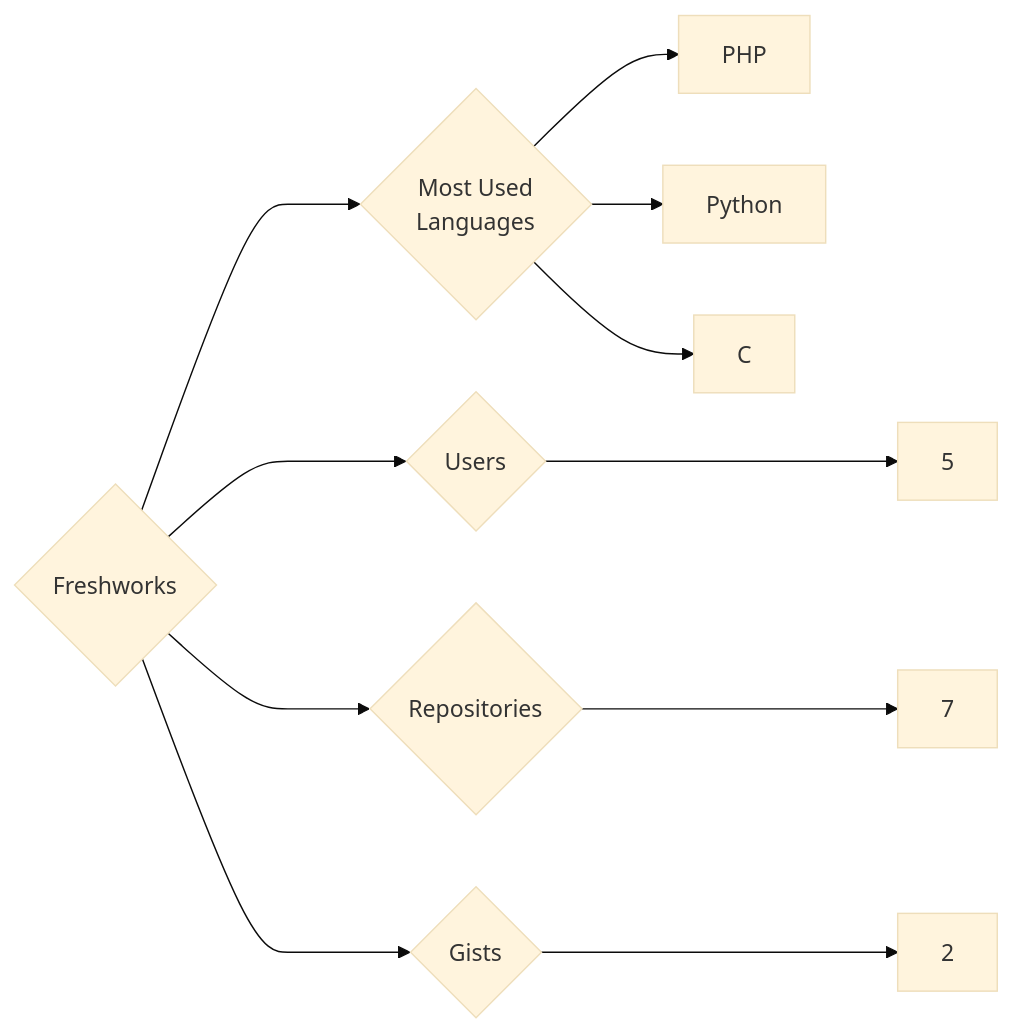
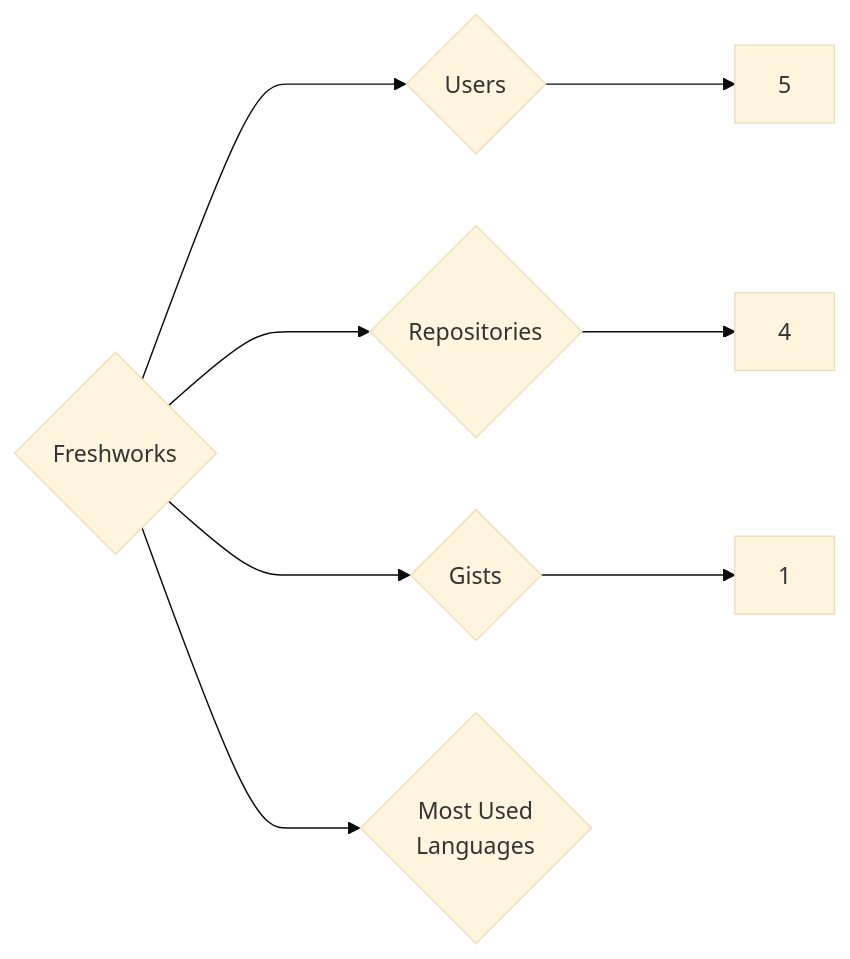
One commit to trickest/insiders changed the diagram in targets/Freshworks/README.md. Above: the diagram before and after it, drawn with Mermaid (base theme). The commit also changed 1141 other files, not shown here.

````diff
--- a/targets/Freshworks/README.md
+++ b/targets/Freshworks/README.md
@@ -3,11 +3,8 @@
 ```mermaid
 graph LR
 COMPANY_NAME{Freshworks}
 COMPANY_NAME ---> U{Users} ---> UN[5]
-COMPANY_NAME ---> R{Repositories} ---> RN[7]
-COMPANY_NAME ---> G{Gists} ---> GN[2]
+COMPANY_NAME ---> R{Repositories} ---> RN[4]
+COMPANY_NAME ---> G{Gists} ---> GN[1]
 COMPANY_NAME ---> ML{Most Used<br>Languages}
-ML --> PHP[PHP]
-ML --> Python[Python]
-ML --> C[C]
 ```
````
